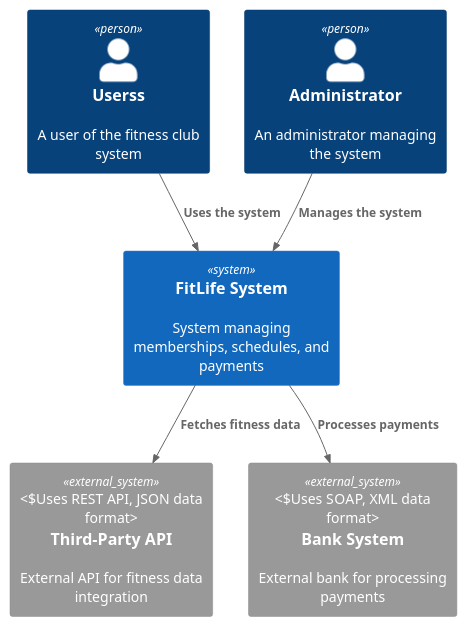
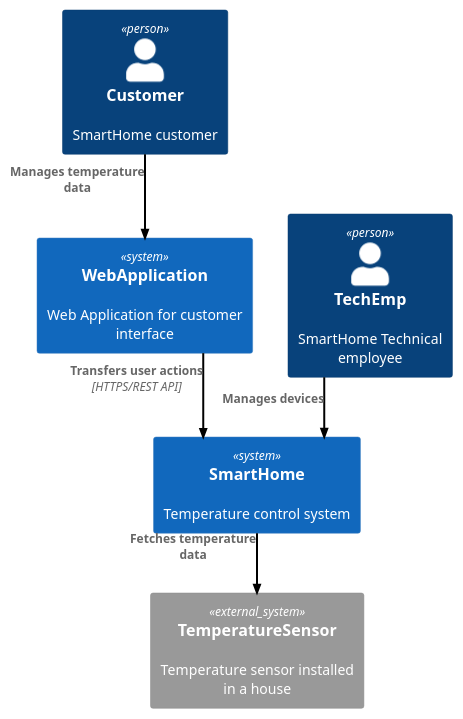
One commit to ISamburskiy/architecture-warmhouse changed the diagram in diagrams/AS_IS/context/_context.puml. Above: the diagram before and after it, drawn with PlantUML. The commit also changed 3 other files, not shown here.

```diff
--- a/diagrams/AS_IS/context/_context.puml
+++ b/diagrams/AS_IS/context/_context.puml
@@ -1,13 +1,24 @@
-@startuml qwe
+@startuml context_dia
 !includeurl https://raw.githubusercontent.com/RicardoNiepel/C4-PlantUML/master/C4_Component.puml
-Person(user, "Userss", "A user of the fitness club system")
-Person(admin, "Administrator", "An administrator managing the system")
-System(FitLifeSystem, "FitLife System", "System managing memberships, schedules, and payments")
 
-System_Ext(api, "Third-Party API", "External API for fitness data integration", "Uses REST API, JSON data format")
-System_Ext(bank, "Bank System", "External bank for processing payments", "Uses SOAP, XML data format")
-Rel(user, FitLifeSystem, "Uses the system")
-Rel(admin,FitLifeSystem,"Manages the system")
-Rel(FitLifeSystem,api,"Fetches fitness data")
-Rel(FitLifeSystem,bank,"Processes payments")
+top to bottom direction
+skinparam linetype ortho
+skinparam ArrowColor Black
+skinparam ArrowThickness 2
+
+Person(Cust, "Customer", "SmartHome customer")
+
+System(WA, "WebApplication", "Web Application for customer interface")
+System(SH, "SmartHome", "Temperature control system")
+
+Person(TechEmp, "TechEmp", "SmartHome Technical employee")
+
+System_Ext(sensor, "TemperatureSensor", "Temperature sensor installed in a house")
+
+
+Rel(Cust, WA, "Manages temperature data")
+Rel(WA, SH, "Transfers user actions", "HTTPS/REST API")
+Rel(TechEmp,SH,"Manages devices")
+Rel(SH,sensor,"Fetches temperature data")
+
 @enduml 
```
